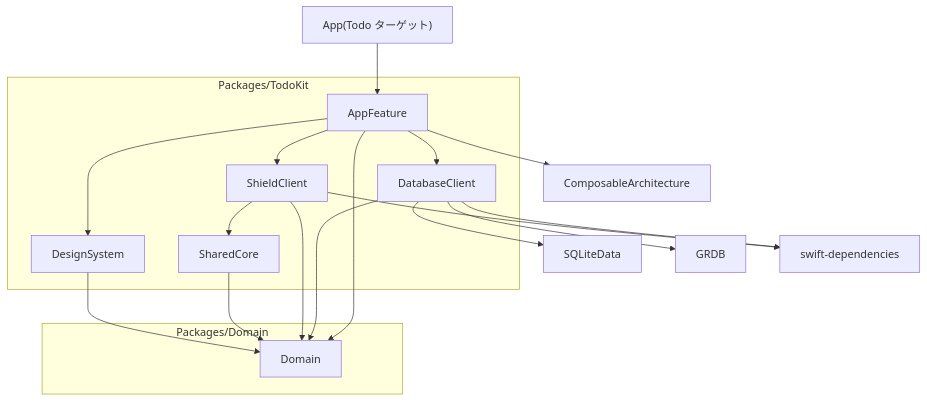
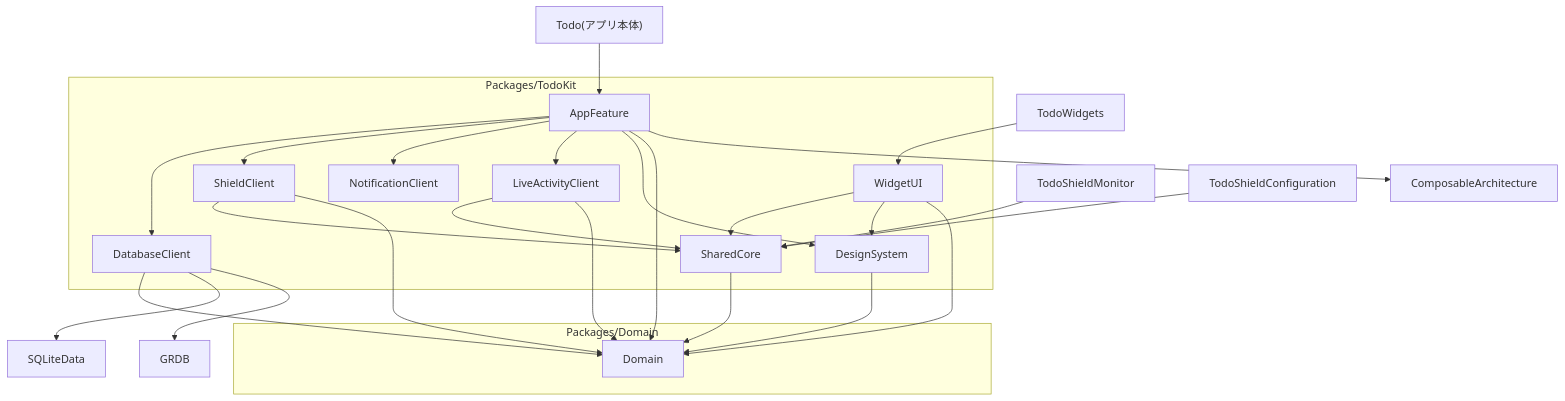
The first of 2 diagrams in docs/engineering/architecture.md (TaiyoYamada/todo), drawn with Mermaid before and after one commit. The commit also changed other lines of this file, not shown here.

````diff
--- a/docs/engineering/architecture.md
+++ b/docs/engineering/architecture.md
@@ -35,27 +48,35 @@
 ```mermaid
 flowchart TD
-    App["App(Todo ターゲット)"] --> AppFeature
+    App["Todo(アプリ本体)"] --> AppFeature
+    Widgets["TodoWidgets"] --> WidgetUI
+    Monitor["TodoShieldMonitor"] --> SharedCore
+    ShieldConfig["TodoShieldConfiguration"] --> SharedCore
 
     subgraph TodoKit["Packages/TodoKit"]
         AppFeature --> DatabaseClient
         AppFeature --> ShieldClient
+        AppFeature --> NotificationClient
+        AppFeature --> LiveActivityClient
         AppFeature --> DesignSystem
         ShieldClient --> SharedCore
+        LiveActivityClient --> SharedCore
+        WidgetUI --> SharedCore
+        WidgetUI --> DesignSystem
     end
 
     subgraph DomainPackage["Packages/Domain"]
         Domain
     end
 
     AppFeature --> Domain
     DatabaseClient --> Domain
     ShieldClient --> Domain
+    LiveActivityClient --> Domain
+    WidgetUI --> Domain
     SharedCore --> Domain
     DesignSystem --> Domain
 
     AppFeature --> TCA["ComposableArchitecture"]
     DatabaseClient --> SQLiteData
     DatabaseClient --> GRDB
-    DatabaseClient --> Dependencies["swift-dependencies"]
-    ShieldClient --> Dependencies
 ```
````
